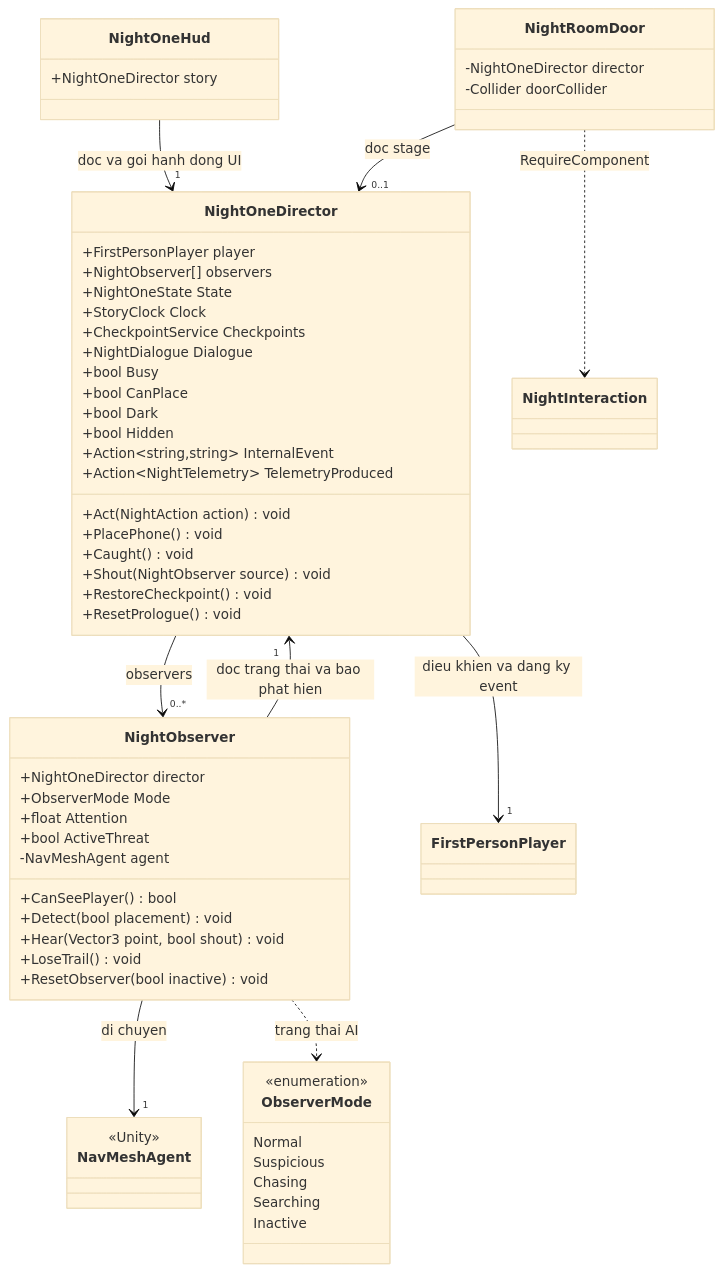
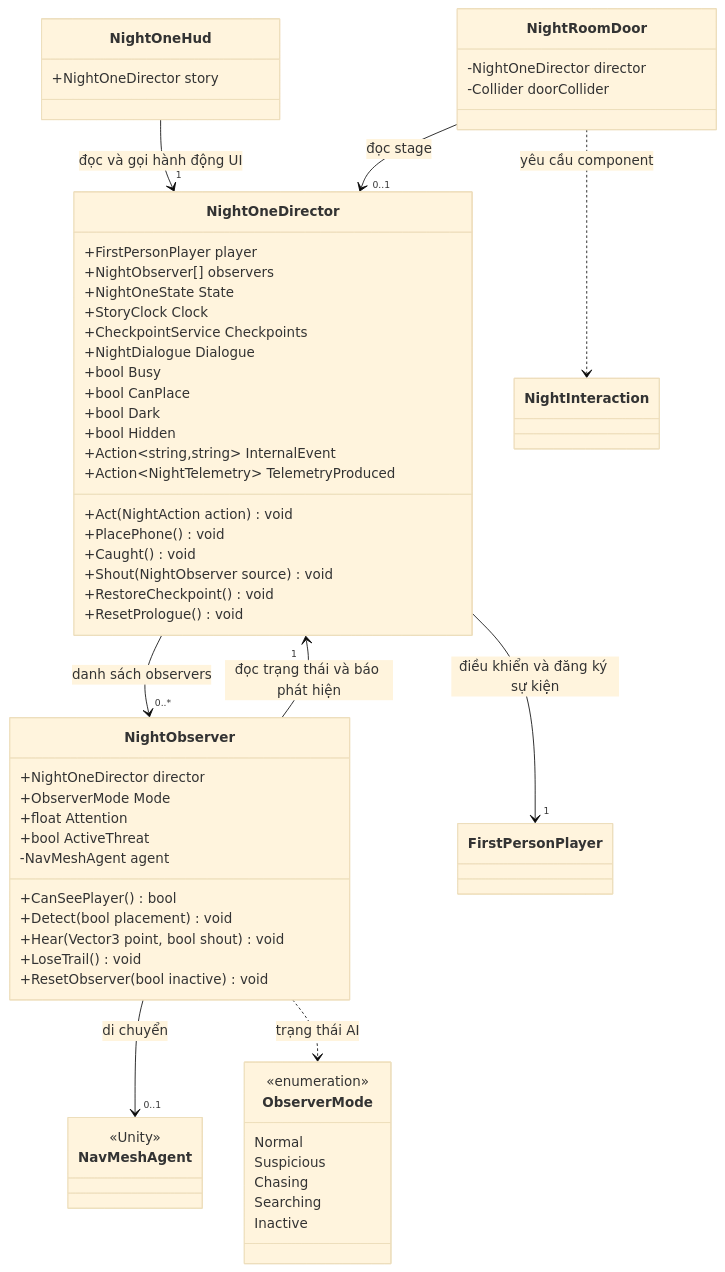
Before and after one commit to qivarnq3g/3-gio-12: the second of 5 diagrams in docs/thiet-ke/luoc-do-lop-game.md, drawn with Mermaid (base theme). The commit also changed other lines of this file, not shown here.

````diff
--- a/docs/thiet-ke/luoc-do-lop-game.md
+++ b/docs/thiet-ke/luoc-do-lop-game.md
@@ -108,62 +108,62 @@
 ```mermaid
 classDiagram
     direction TB
     class NightOneDirector {
         +FirstPersonPlayer player
         +NightObserver[] observers
         +NightOneState State
         +StoryClock Clock
         +CheckpointService Checkpoints
         +NightDialogue Dialogue
         +bool Busy
         +bool CanPlace
         +bool Dark
         +bool Hidden
         +Action~string,string~ InternalEvent
         +Action~NightTelemetry~ TelemetryProduced
         +Act(NightAction action) void
         +PlacePhone() void
         +Caught() void
         +Shout(NightObserver source) void
         +RestoreCheckpoint() void
         +ResetPrologue() void
     }
     class NightObserver {
         +NightOneDirector director
         +ObserverMode Mode
         +float Attention
         +bool ActiveThreat
         -NavMeshAgent agent
         +CanSeePlayer() bool
         +Detect(bool placement) void
         +Hear(Vector3 point, bool shout) void
         +LoseTrail() void
         +ResetObserver(bool inactive) void
     }
     class ObserverMode {
         <<enumeration>>
         Normal
         Suspicious
         Chasing
         Searching
         Inactive
     }
     class NightOneHud {
         +NightOneDirector story
     }
     class NightRoomDoor {
         -NightOneDirector director
         -Collider doorCollider
     }
     class NavMeshAgent {
         <<Unity>>
     }
-    NightOneDirector --> "1" FirstPersonPlayer : dieu khien va dang ky event
-    NightOneDirector --> "0..*" NightObserver : observers
-    NightObserver --> "1" NightOneDirector : doc trang thai va bao phat hien
-    NightObserver --> "1" NavMeshAgent : di chuyen
-    NightObserver ..> ObserverMode : trang thai AI
-    NightOneHud --> "1" NightOneDirector : doc va goi hanh dong UI
-    NightRoomDoor --> "0..1" NightOneDirector : doc stage
-    NightRoomDoor ..> NightInteraction : RequireComponent
+    NightOneDirector --> "1" FirstPersonPlayer : điều khiển và đăng ký sự kiện
+    NightOneDirector --> "0..*" NightObserver : danh sách observers
+    NightObserver --> "1" NightOneDirector : đọc trạng thái và báo phát hiện
+    NightObserver --> "0..1" NavMeshAgent : di chuyển
+    NightObserver ..> ObserverMode : trạng thái AI
+    NightOneHud --> "1" NightOneDirector : đọc và gọi hành động UI
+    NightRoomDoor --> "0..1" NightOneDirector : đọc stage
+    NightRoomDoor ..> NightInteraction : yêu cầu component
 ```
````
